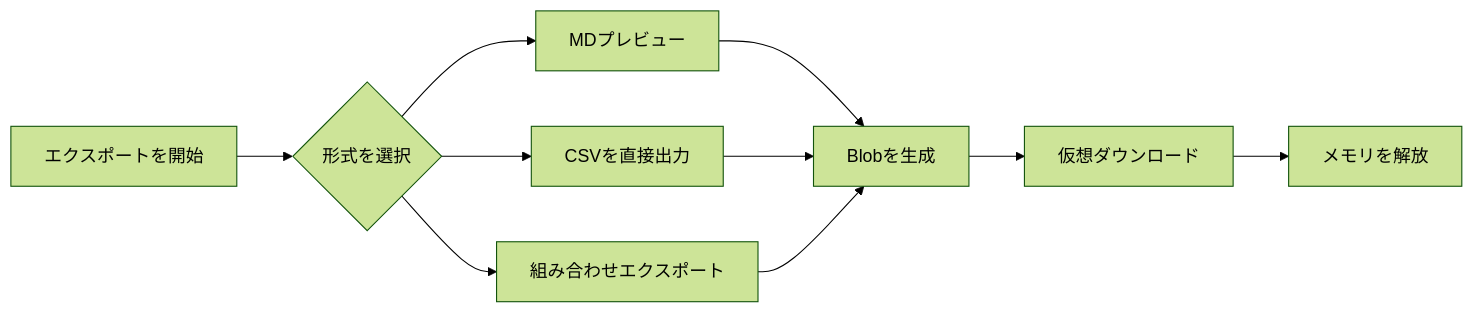
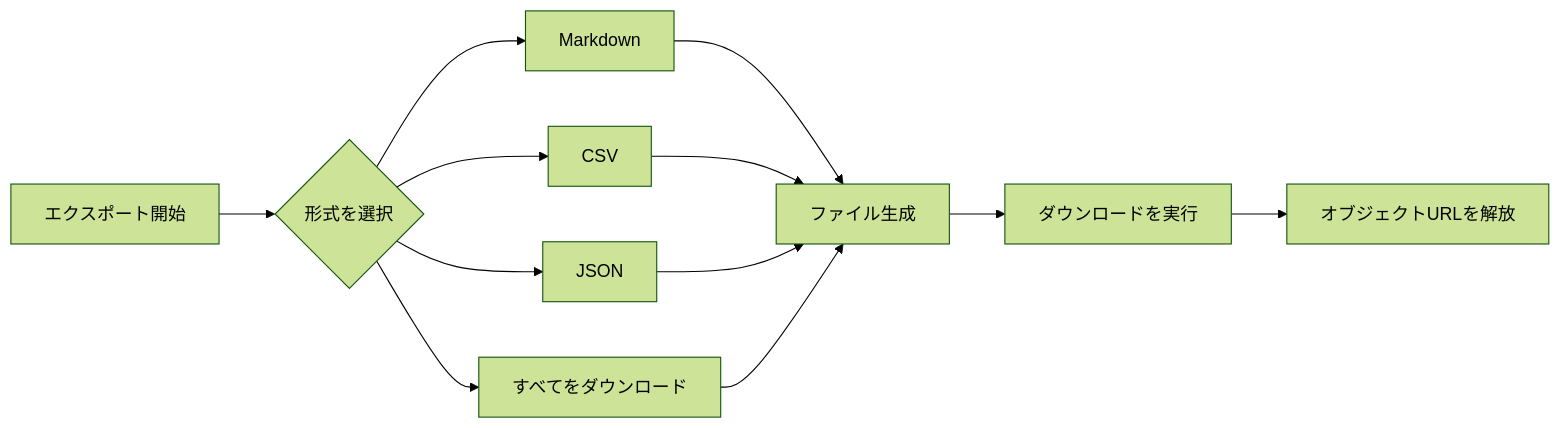
The fourth of 6 diagrams in README-JP.md (linyaocrush/DLsite-Purchase-Analyzer), drawn with Mermaid (forest theme) before and after one commit. The commit also changed other lines of this file and 2 other files, not shown here.

````diff
--- a/README-JP.md
+++ b/README-JP.md
@@ -206,12 +285,14 @@
 ```mermaid
 graph LR
-    A[エクスポートを開始] --> B{形式を選択}
-    B --> C[MDプレビュー]
-    B --> D[CSVを直接出力]
-    B --> E[組み合わせエクスポート]
-    C --> F[Blobを生成]
-    D --> F
-    E --> F
-    F --> G[仮想ダウンロード]
-    G --> H[メモリを解放]
+    A[エクスポート開始] --> B{形式を選択}
+    B --> C[Markdown]
+    B --> D[CSV]
+    B --> E[JSON]
+    B --> F[すべてをダウンロード]
+    C --> G[ファイル生成]
+    D --> G
+    E --> G
+    F --> G
+    G --> H[ダウンロードを実行]
+    H --> I[オブジェクトURLを解放]
 ```
````
